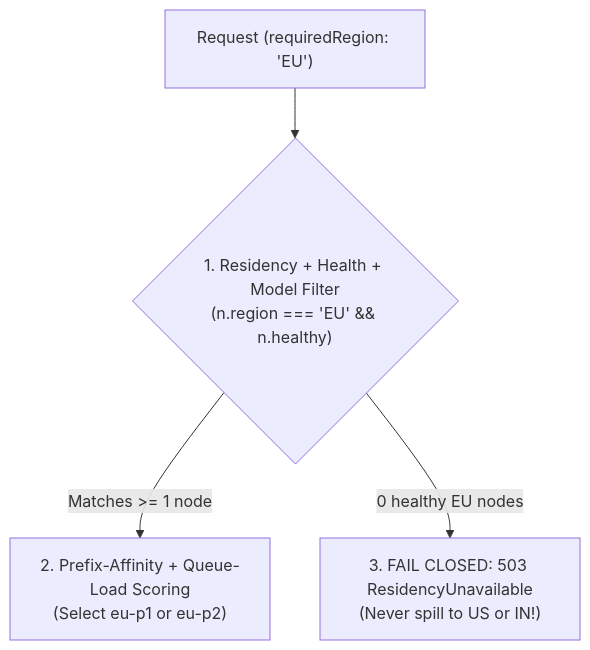
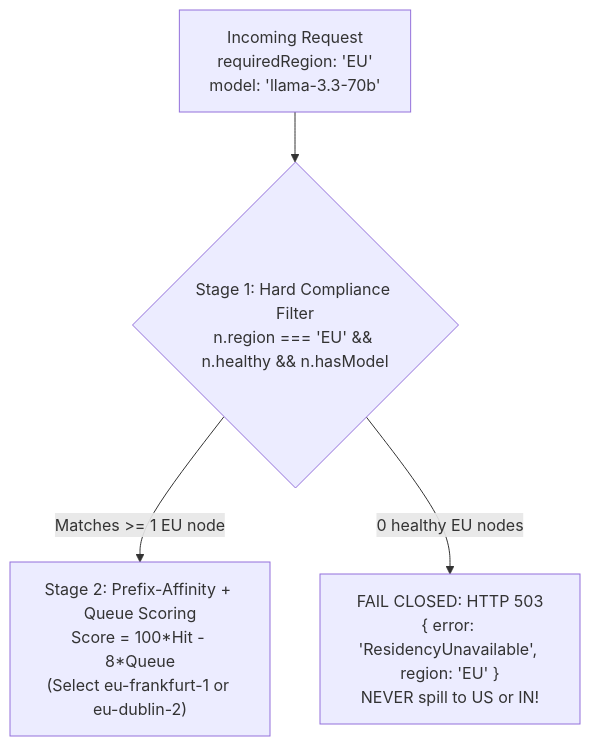
Before and after one commit to Amie-dev/FDE-and-GenAI-Mastery: the first of 2 diagrams in Lecture 40 - Distributed Inference SGLang llm-d and Dynamo/notes/06_Data_Residency_Multi_Region_HA_and_Failover.md, drawn with Mermaid. The commit also changed other lines of this file and 92 other files, not shown here.

````diff
--- a/Lecture 40 - Distributed Inference SGLang llm-d and Dynamo/notes/06_Data_Residency_Multi_Region_HA_and_Failover.md
+++ b/Lecture 40 - Distributed Inference SGLang llm-d and Dynamo/notes/06_Data_Residency_Multi_Region_HA_and_Failover.md
@@ -28,6 +35,6 @@
 ```mermaid
 flowchart TD
-    Req["Request (requiredRegion: 'EU')"] --> Filter{"1. Residency + Health + Model Filter<br/>(n.region === 'EU' && n.healthy)"}
-    Filter -->|"Matches >= 1 node"| Score["2. Prefix-Affinity + Queue-Load Scoring<br/>(Select eu-p1 or eu-p2)"]
-    Filter -->|"0 healthy EU nodes"| Fail["3. FAIL CLOSED: 503 ResidencyUnavailable<br/>(Never spill to US or IN!)"]
+    Req["Incoming Request<br/>requiredRegion: 'EU'<br/>model: 'llama-3.3-70b'"] --> Filter{"Stage 1: Hard Compliance Filter<br/>n.region === 'EU' && n.healthy && n.hasModel"}
+    Filter -->|"Matches >= 1 EU node"| Score["Stage 2: Prefix-Affinity + Queue Scoring<br/>Score = 100*Hit - 8*Queue<br/>(Select eu-frankfurt-1 or eu-dublin-2)"]
+    Filter -->|"0 healthy EU nodes"| Fail["FAIL CLOSED: HTTP 503<br/>{ error: 'ResidencyUnavailable', region: 'EU' }<br/>NEVER spill to US or IN!"]
 ```
````
